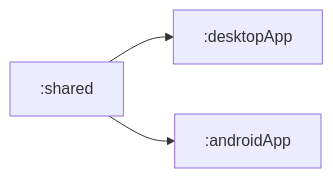
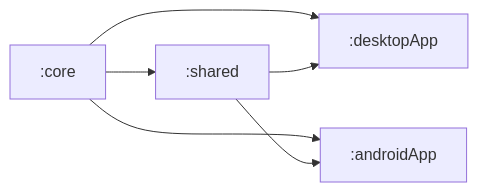
The first of 2 diagrams in mobile/README.md (folk21/osmapdigger), drawn with Mermaid before and after one commit. The commit also changed other lines of this file and 25 other files, not shown here.

````diff
--- a/mobile/README.md
+++ b/mobile/README.md
@@ -14,5 +14,8 @@
 ```mermaid
 flowchart LR
-    SHARED[":shared"] --> DESKTOP[":desktopApp"]
-    SHARED --> ANDROID[":androidApp"]
+    CORE[":core"] --> SHARED[":shared"]
+    CORE --> DESKTOP[":desktopApp"]
+    CORE --> ANDROID[":androidApp"]
+    SHARED --> DESKTOP
+    SHARED --> ANDROID
 ```
````
